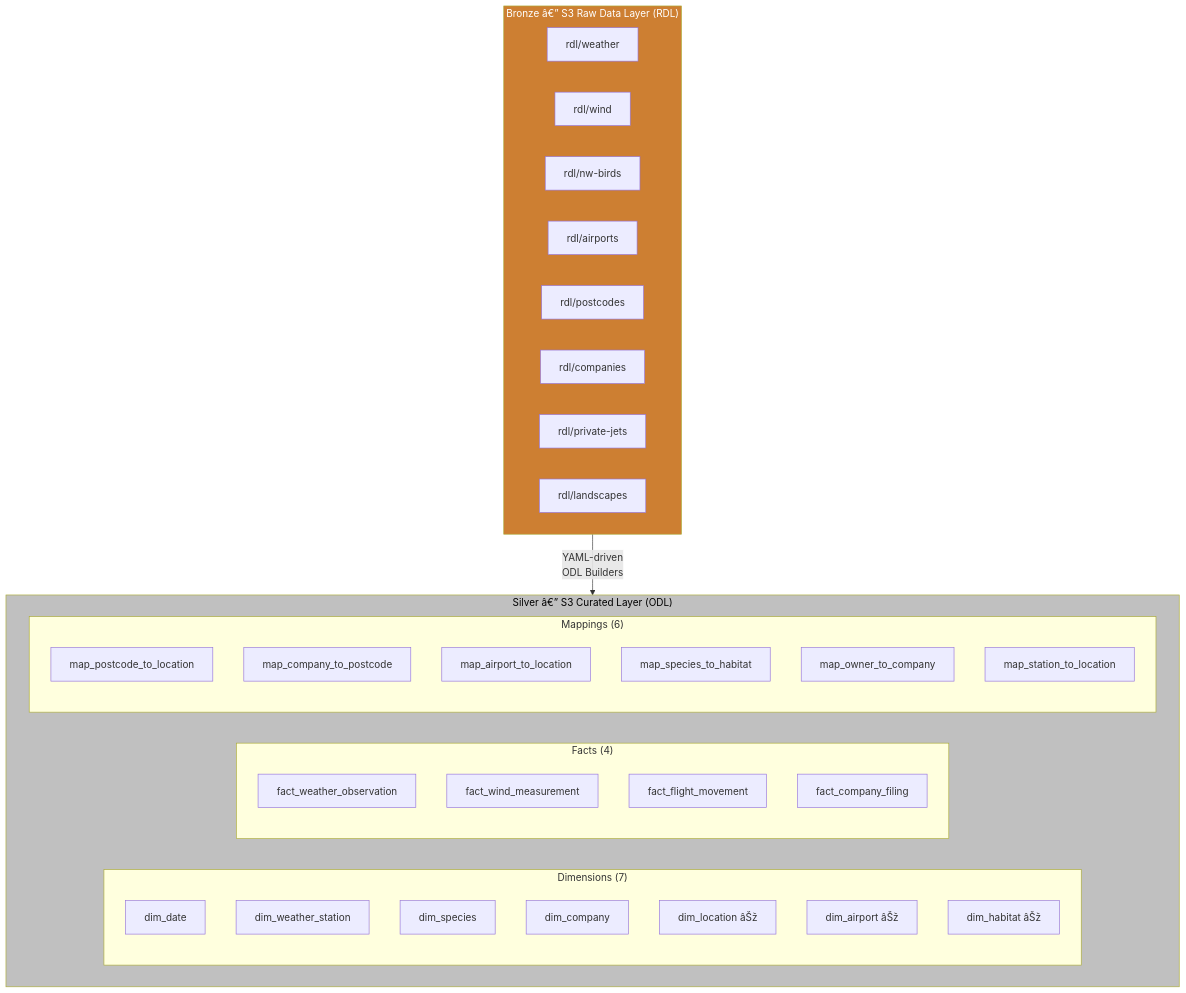
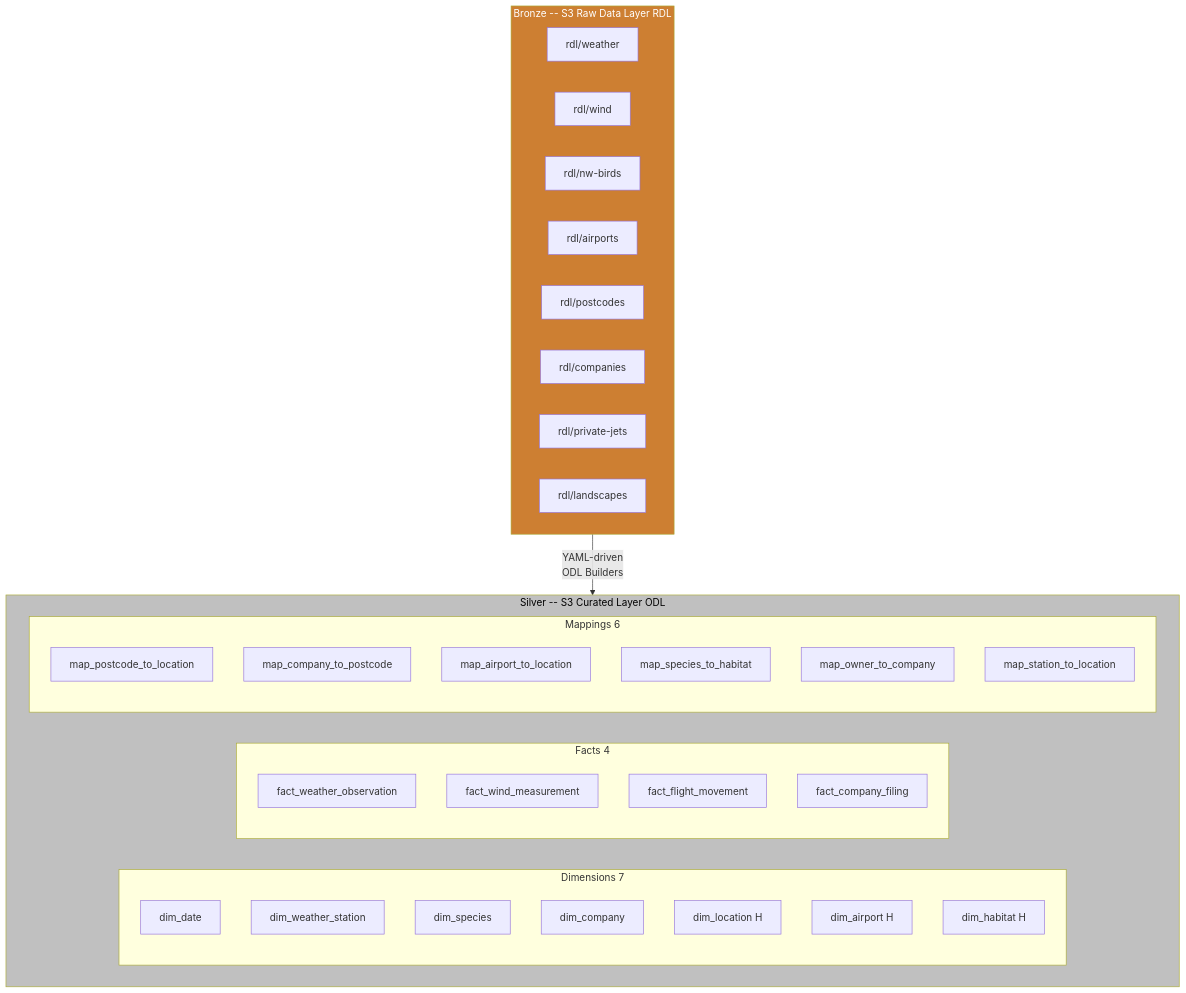
The second of 3 diagrams in README.md (TimiOlayinka/bellosdata-lakehouse), drawn with Mermaid before and after one commit. The commit also changed other lines of this file, not shown here.

````diff
--- a/README.md
+++ b/README.md
@@ -177,46 +177,46 @@
 ```mermaid
 flowchart TB
-    subgraph BRONZE["Bronze â€” S3 Raw Data Layer (RDL)"]
+    subgraph BRONZE["Bronze -- S3 Raw Data Layer RDL"]
         direction LR
         R1["rdl/weather"]
         R2["rdl/wind"]
         R3["rdl/nw-birds"]
         R4["rdl/airports"]
         R5["rdl/postcodes"]
         R6["rdl/companies"]
         R7["rdl/private-jets"]
         R8["rdl/landscapes"]
     end
 
-    subgraph SILVER["Silver â€” S3 Curated Layer (ODL)"]
+    subgraph SILVER["Silver -- S3 Curated Layer ODL"]
         direction LR
-        subgraph DIMS["Dimensions (7)"]
+        subgraph DIMS["Dimensions 7"]
             D1["dim_date"]
             D2["dim_weather_station"]
             D3["dim_species"]
             D4["dim_company"]
-            D5["dim_location âŠž"]
-            D6["dim_airport âŠž"]
-            D7["dim_habitat âŠž"]
+            D5["dim_location H"]
+            D6["dim_airport H"]
+            D7["dim_habitat H"]
         end
-        subgraph FACTS["Facts (4)"]
+        subgraph FACTS["Facts 4"]
             F1["fact_weather_observation"]
             F2["fact_wind_measurement"]
             F3["fact_flight_movement"]
             F4["fact_company_filing"]
         end
-        subgraph MAPS["Mappings (6)"]
+        subgraph MAPS["Mappings 6"]
             M1["map_postcode_to_location"]
             M2["map_company_to_postcode"]
             M3["map_airport_to_location"]
             M4["map_species_to_habitat"]
             M5["map_owner_to_company"]
             M6["map_station_to_location"]
         end
     end
 
     BRONZE -->|"YAML-driven\nODL Builders"| SILVER
 
     style BRONZE fill:#CD7F32,color:#fff
     style SILVER fill:#C0C0C0,color:#000
 ```
````
